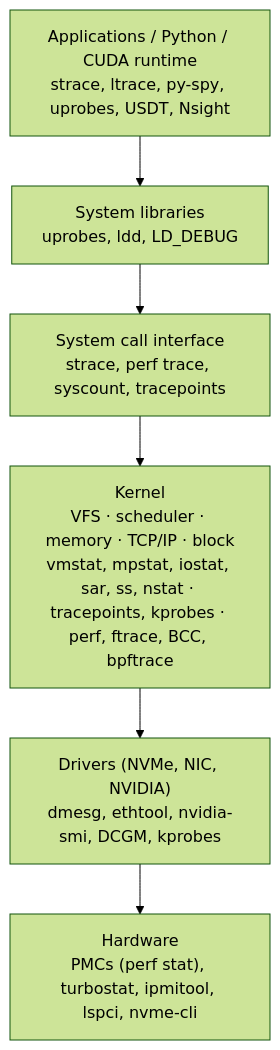
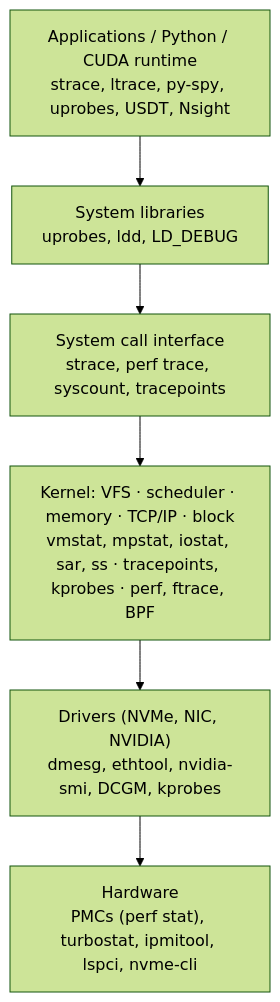
The first of 4 diagrams in docs/part-01-linux/24-observability-tools-perf-ftrace-bpf-and-bpftrace.md (jithinpnjm/ai-infra-handbook), drawn with Mermaid (forest theme) before and after one commit. The commit also changed other lines of this file and 7 other files, not shown here.

````diff
--- a/docs/part-01-linux/24-observability-tools-perf-ftrace-bpf-and-bpftrace.md
+++ b/docs/part-01-linux/24-observability-tools-perf-ftrace-bpf-and-bpftrace.md
@@ -57,8 +57,8 @@
 ```mermaid
 flowchart TB
   APP["Applications / Python / CUDA runtime\nstrace, ltrace, py-spy, uprobes, USDT, Nsight"] --> LIB["System libraries\nuprobes, ldd, LD_DEBUG"]
   LIB --> SC["System call interface\nstrace, perf trace, syscount, tracepoints"]
-  SC --> K["Kernel\nVFS · scheduler · memory · TCP/IP · block\nvmstat, mpstat, iostat, sar, ss, nstat · tracepoints, kprobes · perf, ftrace, BCC, bpftrace"]
+  SC --> K["Kernel: VFS · scheduler · memory · TCP/IP · block\nvmstat, mpstat, iostat, sar, ss · tracepoints, kprobes · perf, ftrace, BPF"]
   K --> D["Drivers (NVMe, NIC, NVIDIA)\ndmesg, ethtool, nvidia-smi, DCGM, kprobes"]
   D --> HW["Hardware\nPMCs (perf stat), turbostat, ipmitool, lspci, nvme-cli"]
 ```
````
